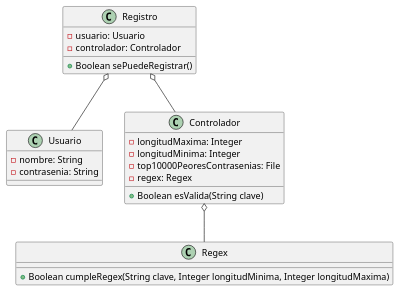
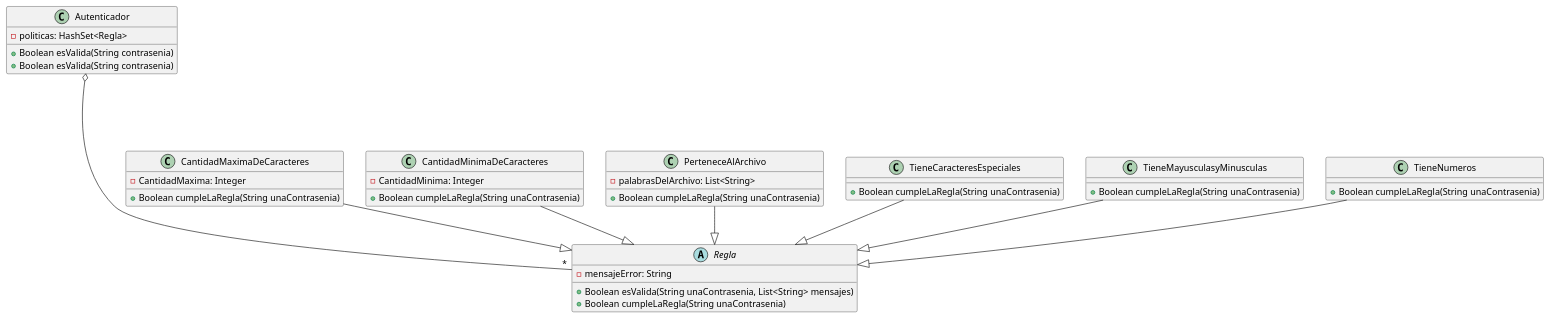
Before and after one commit to santymendez/tp-dds-2024: the diagram in diagrams/validadorContraseñas/diagrama-clases.puml, drawn with PlantUML. The commit also changed 16 other files, not shown here.

```diff
--- a/diagrams/validadorContraseñas/diagrama-clases.puml
+++ b/diagrams/validadorContraseñas/diagrama-clases.puml
@@ -1,32 +1,55 @@
 @startuml
 
-class Registro {
-   -usuario: Usuario
-   -controlador: Controlador
+class Autenticador {
+    -politicas: HashSet<Regla>
 
-   +Boolean sePuedeRegistrar()
+    +Boolean esValida(String contrasenia)
+    +Boolean esValida(String contrasenia)
 }
 
-class Usuario {
-   -nombre: String
-   -contrasenia: String
+abstract class Regla {
+    -mensajeError: String
+
+    +Boolean esValida(String unaContrasenia, List<String> mensajes)
+    +Boolean cumpleLaRegla(String unaContrasenia)
 }
 
-class Controlador {
-    -longitudMaxima: Integer
-    -longitudMinima: Integer
-    -top10000PeoresContrasenias: File
-    -regex: Regex
+class CantidadMaximaDeCaracteres {
+    -CantidadMaxima: Integer
 
-    +Boolean esValida(String clave)
+    +Boolean cumpleLaRegla(String unaContrasenia)
 }
 
-class Regex {
-    +Boolean cumpleRegex(String clave, Integer longitudMinima, Integer longitudMaxima)
+class CantidadMinimaDeCaracteres {
+    -CantidadMinima: Integer
+
+    +Boolean cumpleLaRegla(String unaContrasenia)
 }
 
-Registro o-- Usuario
-Registro o-- Controlador
-Controlador o-- Regex
+class PerteneceAlArchivo {
+    -palabrasDelArchivo: List<String>
+
+    +Boolean cumpleLaRegla(String unaContrasenia)
+}
+
+class TieneCaracteresEspeciales{
+    +Boolean cumpleLaRegla(String unaContrasenia)
+}
+
+class TieneMayusculasyMinusculas{
+    +Boolean cumpleLaRegla(String unaContrasenia)
+}
+
+class TieneNumeros{
+    +Boolean cumpleLaRegla(String unaContrasenia)
+}
+
+Autenticador o----"*" Regla
+CantidadMaximaDeCaracteres --|> Regla
+CantidadMinimaDeCaracteres --|> Regla
+PerteneceAlArchivo --|> Regla
+TieneCaracteresEspeciales --|> Regla
+TieneMayusculasyMinusculas --|> Regla
+TieneNumeros --|> Regla
 
 @enduml
```
